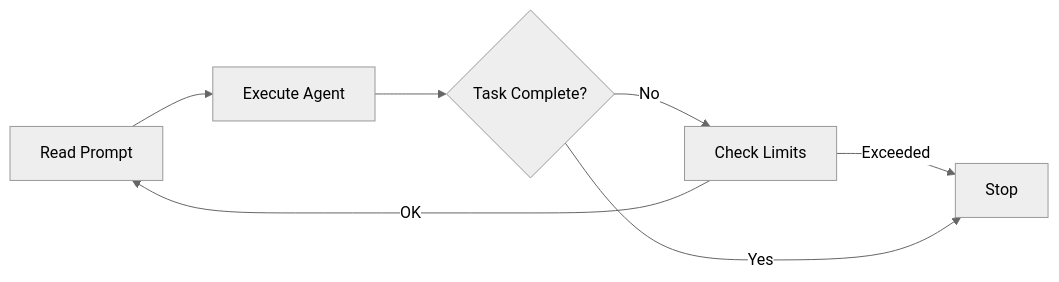
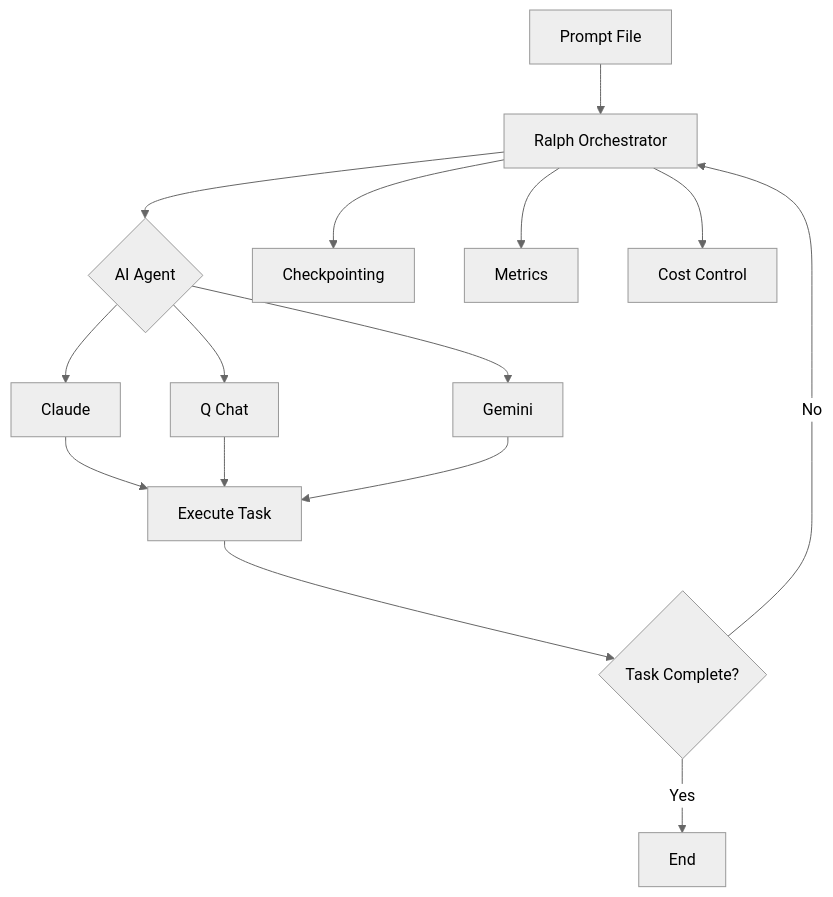
The first of 2 diagrams in docs/guide/overview.md (jleechan2015/ralph-orchestrator), drawn with Mermaid (neutral theme) before and after one commit. The commit also changed other lines of this file and 1 other file, not shown here.

````diff
--- a/docs/guide/overview.md
+++ b/docs/guide/overview.md
@@ -21,9 +24,17 @@
 ```mermaid
-graph LR
-    A[Read Prompt] --> B[Execute Agent]
-    B --> C{Task Complete?}
-    C -->|No| D[Check Limits]
-    D -->|OK| A
-    D -->|Exceeded| E[Stop]
-    C -->|Yes| E[Stop]
+graph TB
+    A[Prompt File] --> B[Ralph Orchestrator]
+    B --> C{AI Agent}
+    C --> D[Claude]
+    C --> E[Q Chat]
+    C --> F[Gemini]
+    D --> G[Execute Task]
+    E --> G
+    F --> G
+    G --> H{Task Complete?}
+    H -->|No| B
+    H -->|Yes| I[End]
+    B --> J[Checkpointing]
+    B --> K[Metrics]
+    B --> L[Cost Control]
 ```
````
